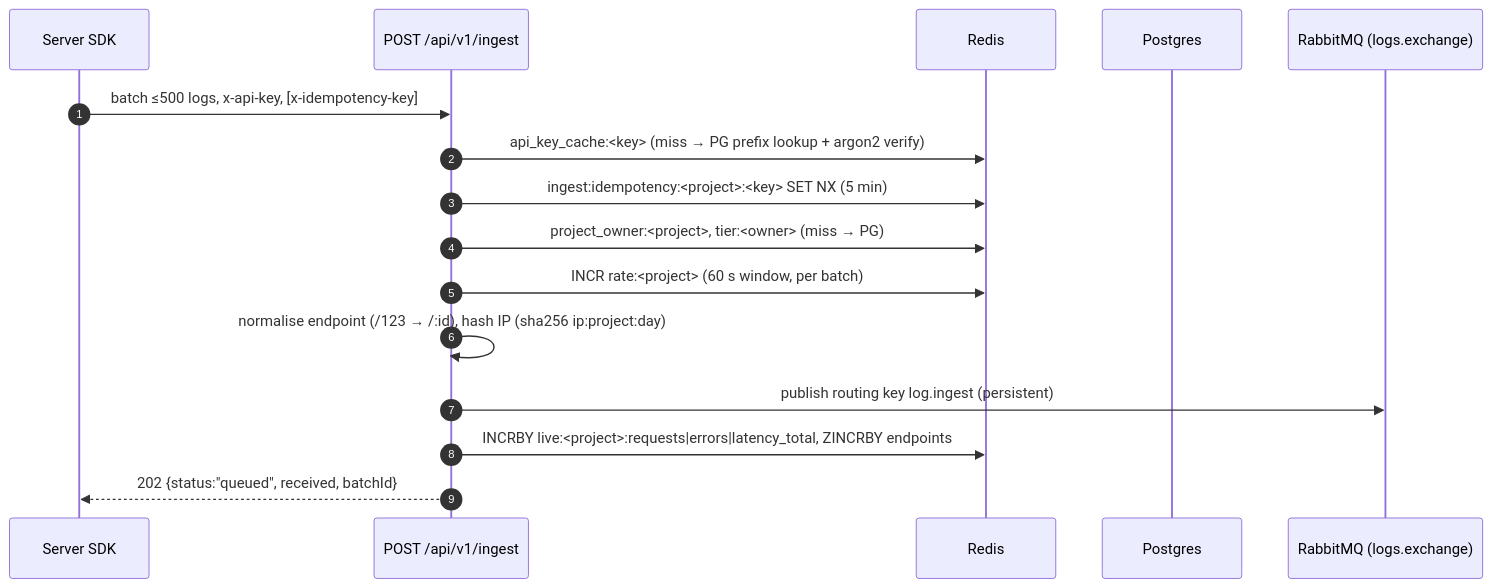
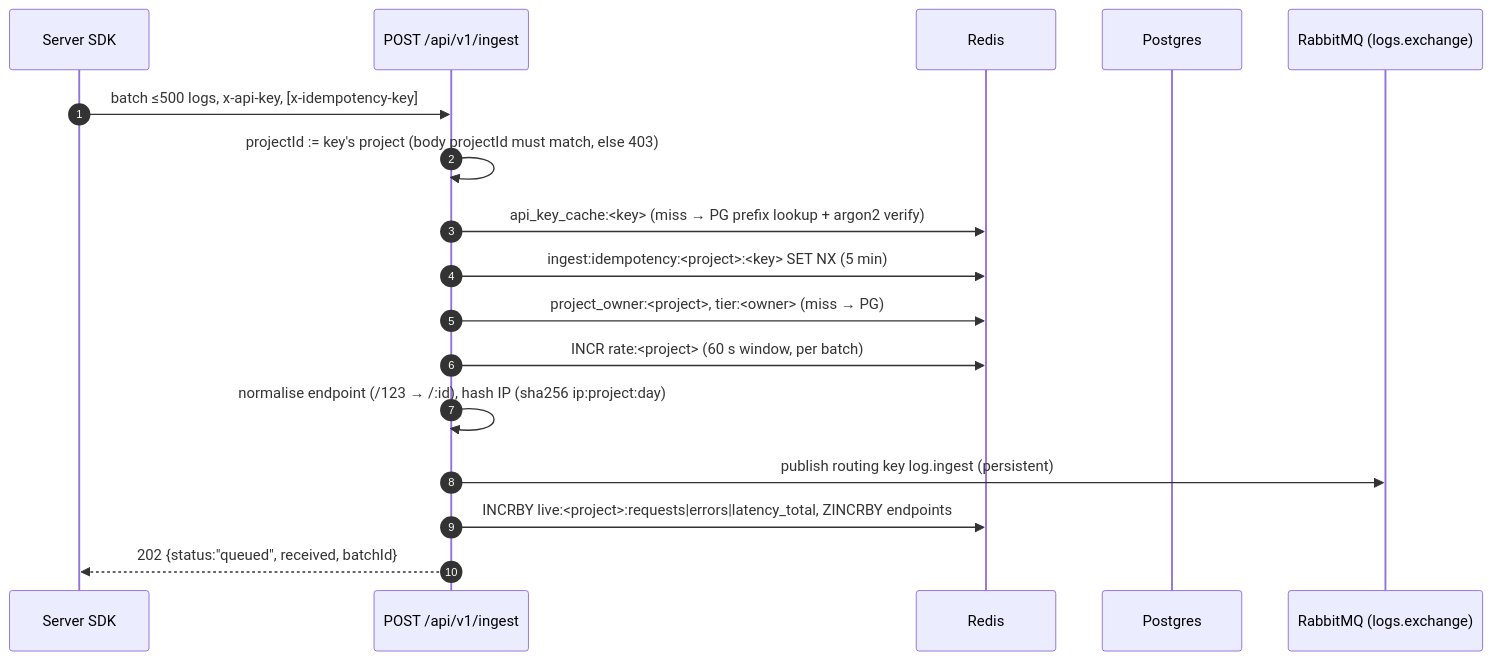
The first of 6 diagrams in docs/architecture/data-flow.md (Sarthak-Shreshtha01/ApexMonitor), drawn with Mermaid before and after one commit. The commit also changed other lines of this file and 9 other files, not shown here.

First line of the commit message:
fix(server): bind ingest to the API key's project

````diff
--- a/docs/architecture/data-flow.md
+++ b/docs/architecture/data-flow.md
@@ -7,18 +7,19 @@
 ```mermaid
 sequenceDiagram
     autonumber
     participant SDK as Server SDK
     participant API as POST /api/v1/ingest
     participant R as Redis
     participant PG as Postgres
     participant MQ as RabbitMQ (logs.exchange)
     SDK->>API: batch ≤500 logs, x-api-key, [x-idempotency-key]
+    API->>API: projectId := key's project (body projectId must match, else 403)
     API->>R: api_key_cache:<key>  (miss → PG prefix lookup + argon2 verify)
     API->>R: ingest:idempotency:<project>:<key> SET NX (5 min)
     API->>R: project_owner:<project>, tier:<owner> (miss → PG)
     API->>R: INCR rate:<project> (60 s window, per batch)
     API->>API: normalise endpoint (/123 → /:id), hash IP (sha256 ip:project:day)
     API->>MQ: publish routing key log.ingest (persistent)
     API->>R: INCRBY live:<project>:requests|errors|latency_total, ZINCRBY endpoints
     API-->>SDK: 202 {status:"queued", received, batchId}
 ```
````
